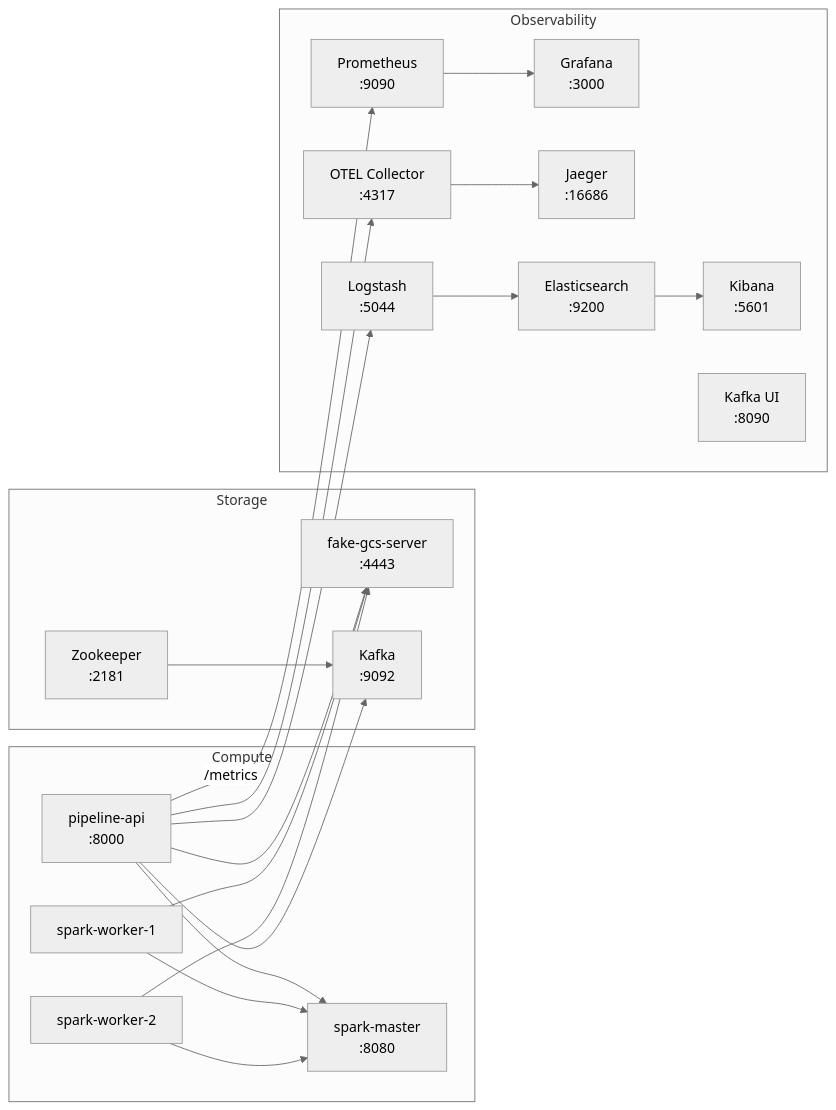
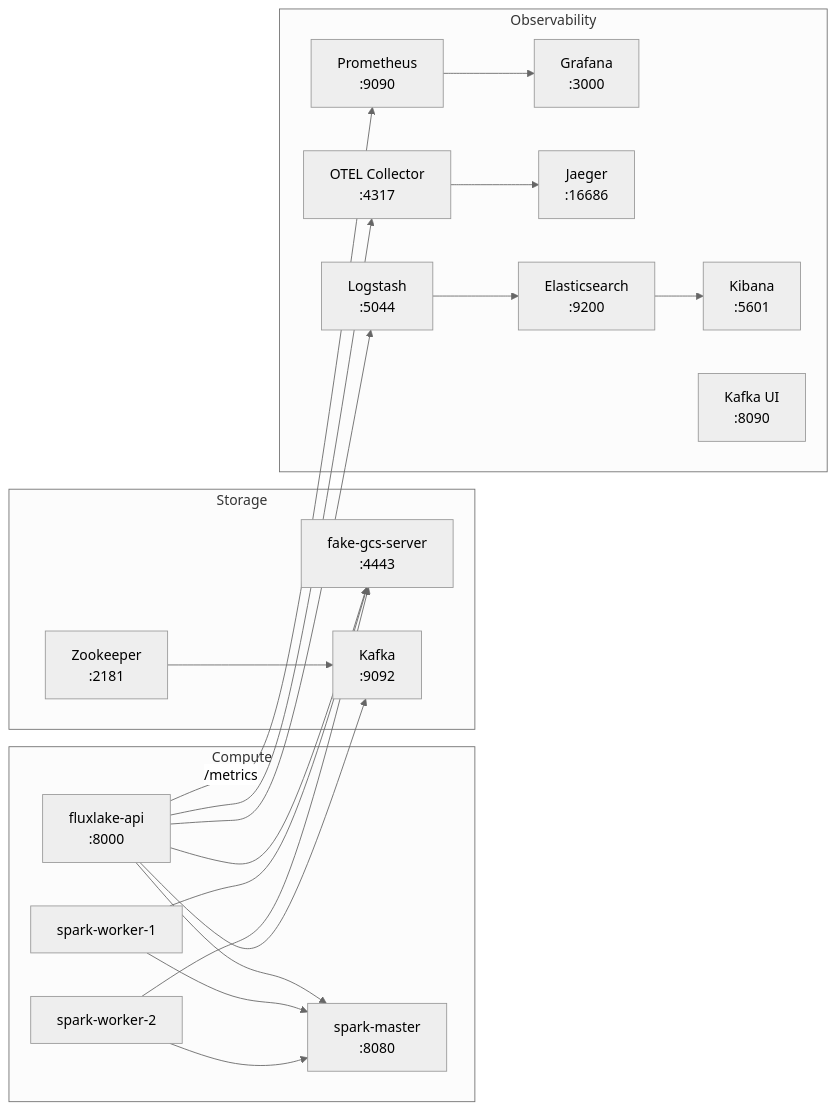
Before and after one commit to amudhan023/flux-lake-gcp: the fourth of 5 diagrams in README.md, drawn with Mermaid (neutral theme). The commit also changed other lines of this file and 11 other files, not shown here.

````diff
--- a/README.md
+++ b/README.md
@@ -364,36 +364,36 @@
 ```mermaid
 flowchart LR
     subgraph Compute["Compute"]
         SM["spark-master\n:8080"]
         SW1["spark-worker-1"]
         SW2["spark-worker-2"]
-        PA["pipeline-api\n:8000"]
+        PA["fluxlake-api\n:8000"]
     end
 
     subgraph Storage["Storage"]
         MN["fake-gcs-server\n:4443"]
         KA["Kafka\n:9092"]
         ZK["Zookeeper\n:2181"]
     end
 
     subgraph Observability["Observability"]
         PR["Prometheus\n:9090"]
         GR["Grafana\n:3000"]
         OT["OTEL Collector\n:4317"]
         JA["Jaeger\n:16686"]
         ES["Elasticsearch\n:9200"]
         KB["Kibana\n:5601"]
         LS["Logstash\n:5044"]
         KU["Kafka UI\n:8090"]
     end
 
     PA --> SM
     SW1 & SW2 --> SM
     PA & SW1 & SW2 --> MN
     PA --> KA
     ZK --> KA
     PA --> OT --> JA
     PA --> LS --> ES --> KB
     PR --> GR
     PA -->|"/metrics"| PR
 ```
````
